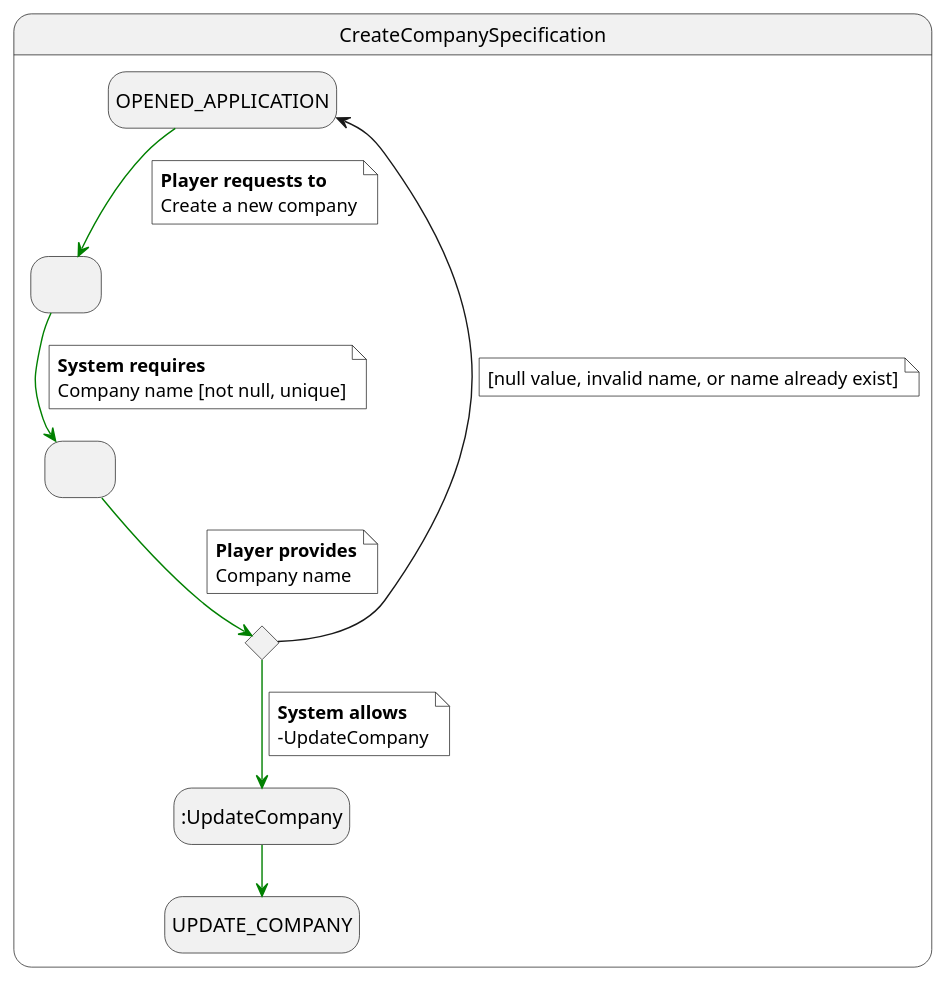
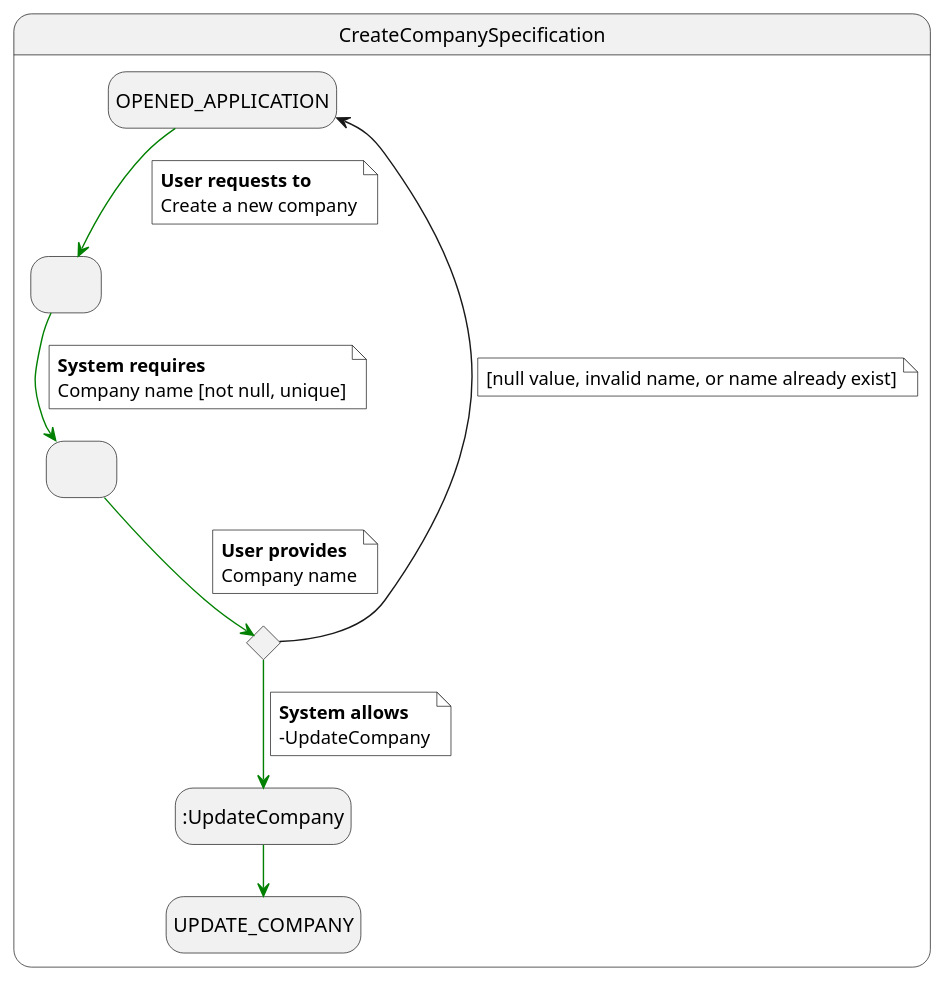
The diagram in docs/src/useCaseView/specification/createCompany.puml (jumpering/pestmonitors), drawn with PlantUML before and after one commit. The commit also changed 3 other files, not shown here.

```diff
--- a/docs/src/useCaseView/specification/createCompany.puml
+++ b/docs/src/useCaseView/specification/createCompany.puml
@@ -1,46 +1,46 @@
 @startuml
 'title CreateCompany specification
 skinparam NoteBackgroundColor white
 hide empty description
 
 state CreateCompanySpecification{
 state creatingCompany as " "
 state creatingCompany2 as " "
 state CompanyCreated as ":UpdateCompany"
 state invalidCompanyName <<choice>>
 
 
 OPENED_APPLICATION -[#green]-> creatingCompany
 note on link #white
-  <b>Player requests to
+  <b>User requests to
   Create a new company
 end note
 
 creatingCompany -[#green]-> creatingCompany2
 note on link
   <b>System requires
   Company name [not null, unique]
 end note
 
 creatingCompany2 -[#green]-> invalidCompanyName
 note on link
-  <b>Player provides
+  <b>User provides
   Company name
 end note
 
 invalidCompanyName -up-> OPENED_APPLICATION
 note on link
   [null value, invalid name, or name already exist]
 end note
 
 invalidCompanyName -[#green]-> CompanyCreated
 note on link
   <b>System allows
   -UpdateCompany
 end note
 
 CompanyCreated -[#green]-> UPDATE_COMPANY
 }
 
 
 @enduml
```
